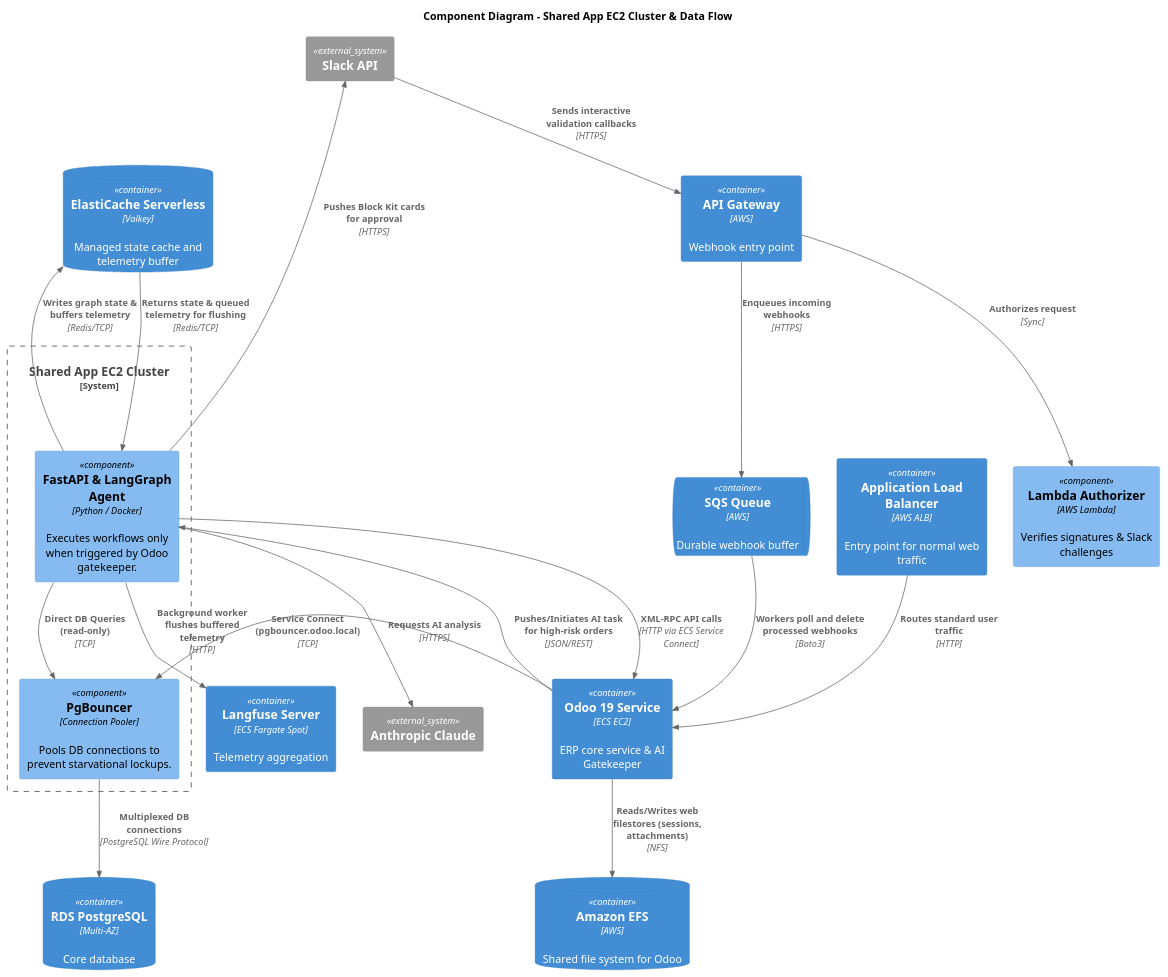
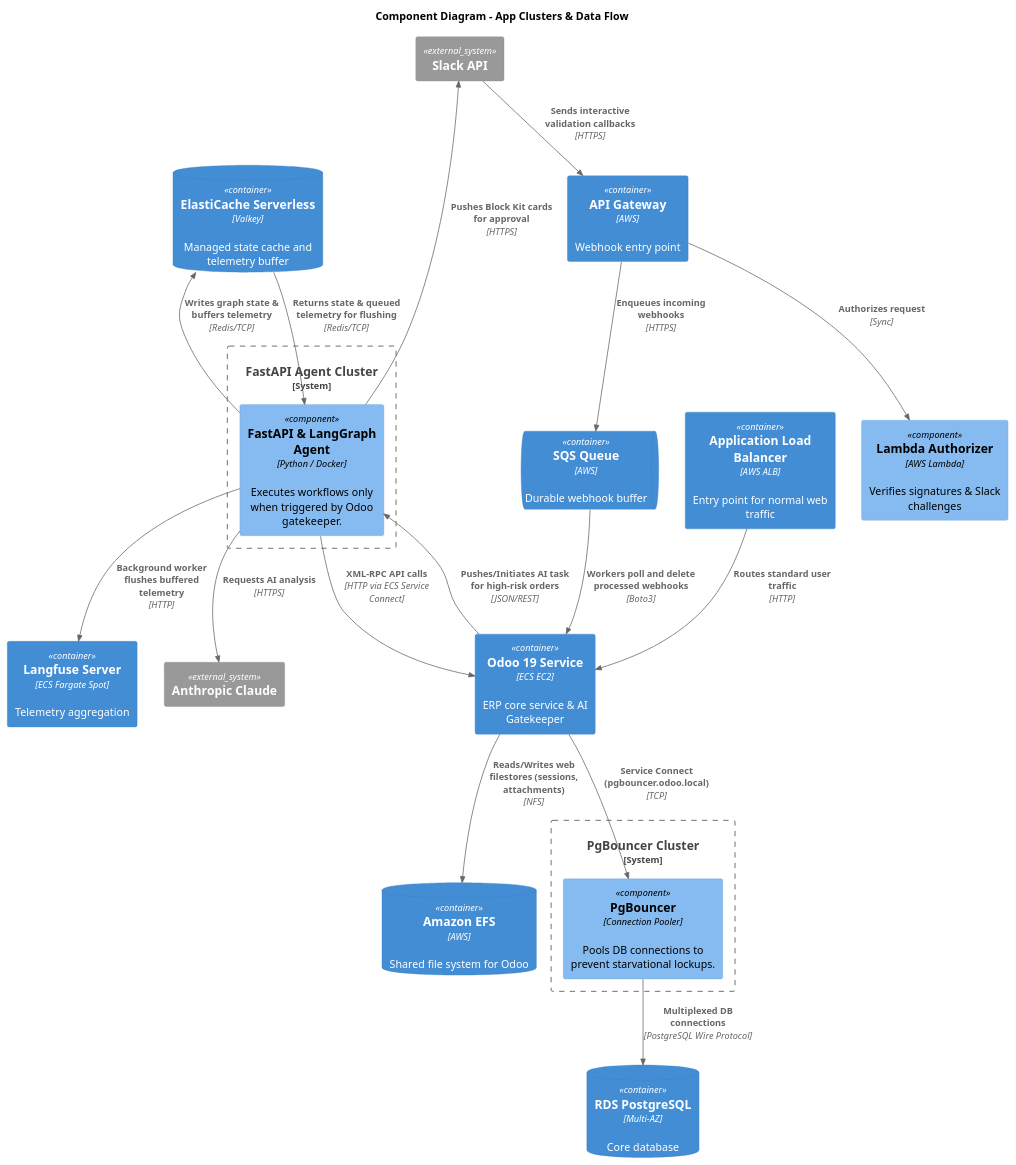
Before and after one commit to jenisrowan/odoo-ai-ops: the diagram in C4_Component.puml, drawn with PlantUML. The commit also changed 5 other files, not shown here.

First line of the commit message:
docs: decouple FastAPI & PgBouncer clusters and optimize AWS cost model

```diff
--- a/C4_Component.puml
+++ b/C4_Component.puml
@@ -1,46 +1,48 @@
 @startuml C4_Component
 !include https://raw.githubusercontent.com/plantuml-stdlib/C4-PlantUML/master/C4_Component.puml
 
-title Component Diagram - Shared App EC2 Cluster & Data Flow
+title Component Diagram - App Clusters & Data Flow
 
 LAYOUT_TOP_DOWN()
 
 Container(apigw, "API Gateway", "AWS", "Webhook entry point")
 Component(lambda_auth, "Lambda Authorizer", "AWS Lambda", "Verifies signatures & Slack challenges")
 ContainerQueue(sqs, "SQS Queue", "AWS", "Durable webhook buffer")
 Container(alb, "Application Load Balancer", "AWS ALB", "Entry point for normal web traffic")
 Container(odoo, "Odoo 19 Service", "ECS EC2", "ERP core service & AI Gatekeeper")
 Container(langfuse, "Langfuse Server", "ECS Fargate Spot", "Telemetry aggregation")
 ContainerDb(rds, "RDS PostgreSQL", "Multi-AZ", "Core database")
 ContainerDb(efs, "Amazon EFS", "AWS", "Shared file system for Odoo")
 ContainerDb(valkey, "ElastiCache Serverless", "Valkey", "Managed state cache and telemetry buffer")
 
-System_Boundary(shared_cluster, "Shared App EC2 Cluster") {
+System_Boundary(fastapi_cluster, "FastAPI Agent Cluster") {
     Component(fastapi, "FastAPI & LangGraph Agent", "Python / Docker", "Executes workflows only when triggered by Odoo gatekeeper.")
+}
+
+System_Boundary(pgbouncer_cluster, "PgBouncer Cluster") {
     Component(pgbouncer, "PgBouncer", "Connection Pooler", "Pools DB connections to prevent starvational lockups.")
 }
 
 Rel(apigw, lambda_auth, "Authorizes request", "Sync")
 Rel(apigw, sqs, "Enqueues incoming webhooks", "HTTPS")
 Rel(sqs, odoo, "Workers poll and delete processed webhooks", "Boto3")
 Rel(alb, odoo, "Routes standard user traffic", "HTTP")
 
 Rel(odoo, fastapi, "Pushes/Initiates AI task for high-risk orders", "JSON/REST")
 Rel(odoo, pgbouncer, "Service Connect (pgbouncer.odoo.local)", "TCP")
 Rel(odoo, efs, "Reads/Writes web filestores (sessions, attachments)", "NFS")
 
 Rel(fastapi, valkey, "Writes graph state & buffers telemetry", "Redis/TCP")
 Rel(valkey, fastapi, "Returns state & queued telemetry for flushing", "Redis/TCP")
-Rel(fastapi, pgbouncer, "Direct DB Queries (read-only)", "TCP")
 Rel(fastapi, odoo, "XML-RPC API calls", "HTTP via ECS Service Connect")
 Rel(pgbouncer, rds, "Multiplexed DB connections", "PostgreSQL Wire Protocol")
 
 Rel(fastapi, langfuse, "Background worker flushes buffered telemetry", "HTTP")
 
 System_Ext(anthropic, "Anthropic Claude")
 System_Ext(slack, "Slack API")
 Rel(fastapi, anthropic, "Requests AI analysis", "HTTPS")
 Rel(fastapi, slack, "Pushes Block Kit cards for approval", "HTTPS")
 Rel(slack, apigw, "Sends interactive validation callbacks", "HTTPS")
 
 @enduml
```
